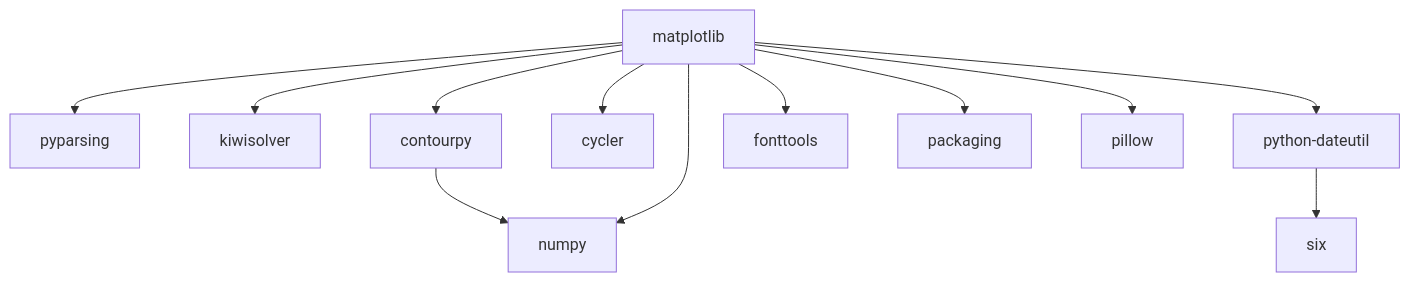
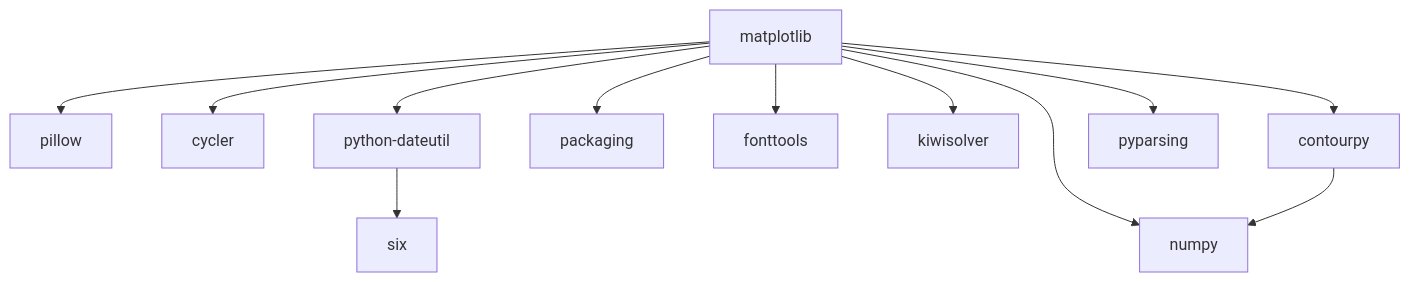
Before and after one commit to Hohrandrey/konf-upravl: the diagram in Задание №2/k2/graph.mmd, drawn with Mermaid. The commit also changed other lines of this file and 2 other files, not shown here.

```diff
--- a/Задание №2/k2/graph.mmd
+++ b/Задание №2/k2/graph.mmd
@@ -1,13 +1,13 @@
 graph TD
     matplotlib
-    matplotlib --> pyparsing
-    matplotlib --> kiwisolver
-    matplotlib --> contourpy
-    contourpy --> numpy
+    matplotlib --> pillow
     matplotlib --> cycler
     matplotlib --> python-dateutil
     python-dateutil --> six
+    matplotlib --> packaging
+    matplotlib --> fonttools
+    matplotlib --> kiwisolver
     matplotlib --> numpy
-    matplotlib --> fonttools
-    matplotlib --> packaging
-    matplotlib --> pillow
+    matplotlib --> contourpy
+    contourpy --> numpy
+    matplotlib --> pyparsing
```
